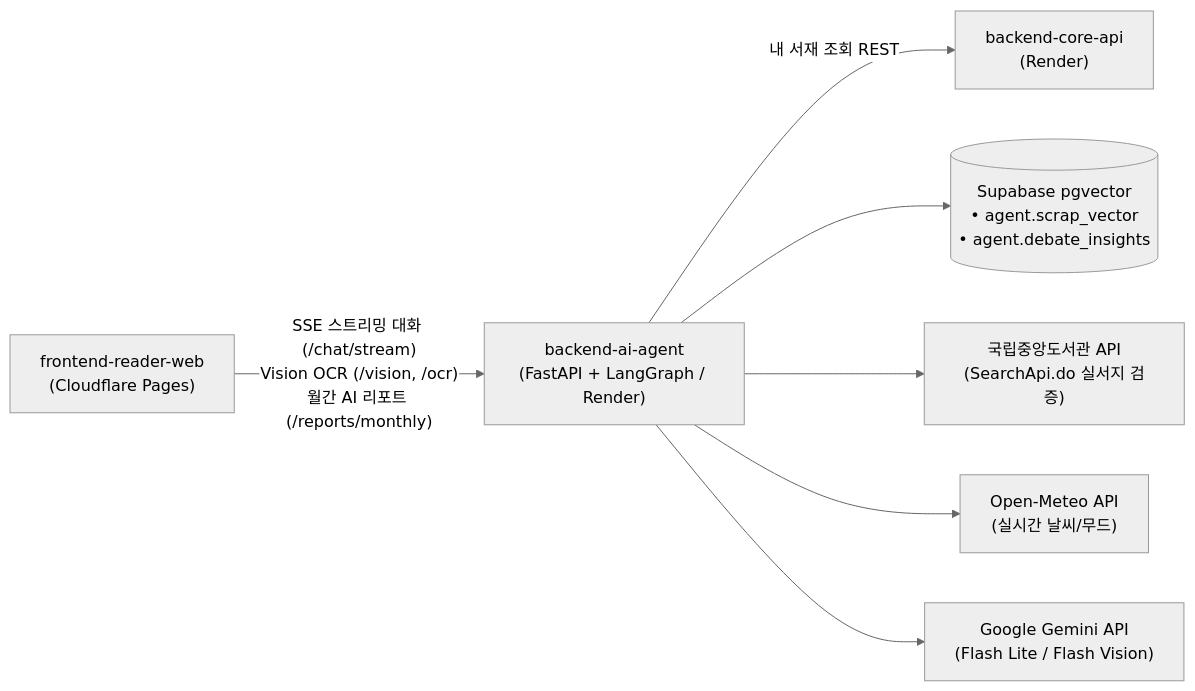
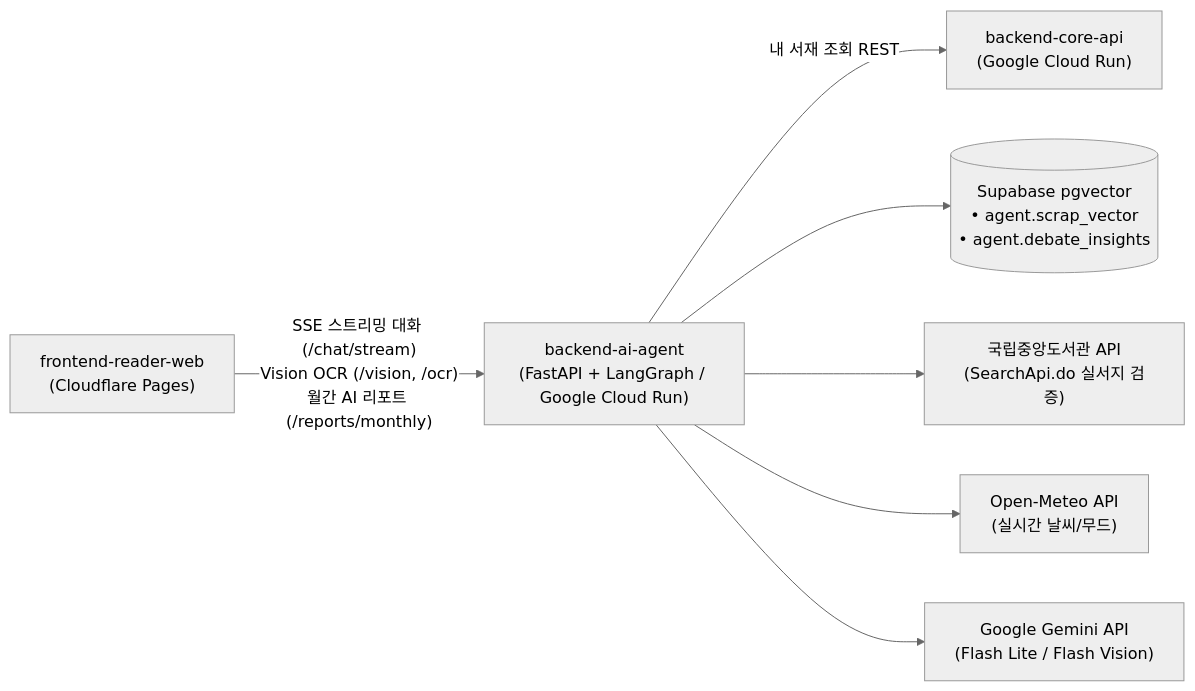
Before and after one commit to DPYB/backend-ai-agent: the diagram in README.md, drawn with Mermaid (neutral theme). The commit also changed other lines of this file and 7 other files, not shown here.

Commit message:
ci[infra]: Render 배포 워크플로우 제거 및 Cloud Run 서울 리전 연동 명세 반영 (#57)

````diff
--- a/README.md
+++ b/README.md
@@ -10,10 +10,10 @@
 ```mermaid
 flowchart LR
-    Client["frontend-reader-web<br/>(Cloudflare Pages)"] -- "SSE 스트리밍 대화 (/chat/stream)<br/>Vision OCR (/vision, /ocr)<br/>월간 AI 리포트 (/reports/monthly)" --> Agent["backend-ai-agent<br/>(FastAPI + LangGraph / Render)"]
+    Client["frontend-reader-web<br/>(Cloudflare Pages)"] -- "SSE 스트리밍 대화 (/chat/stream)<br/>Vision OCR (/vision, /ocr)<br/>월간 AI 리포트 (/reports/monthly)" --> Agent["backend-ai-agent<br/>(FastAPI + LangGraph / Google Cloud Run)"]
 
-    Agent -- "내 서재 조회 REST" --> Core["backend-core-api<br/>(Render)"]
+    Agent -- "내 서재 조회 REST" --> Core["backend-core-api<br/>(Google Cloud Run)"]
     Agent --> SupaVec[("Supabase pgvector<br/>• agent.scrap_vector<br/>• agent.debate_insights")]
     Agent --> NL["국립중앙도서관 API<br/>(SearchApi.do 실서지 검증)"]
     Agent --> Meteo["Open-Meteo API<br/>(실시간 날씨/무드)"]
     Agent --> Gemini["Google Gemini API<br/>(Flash Lite / Flash Vision)"]
 ```
````
